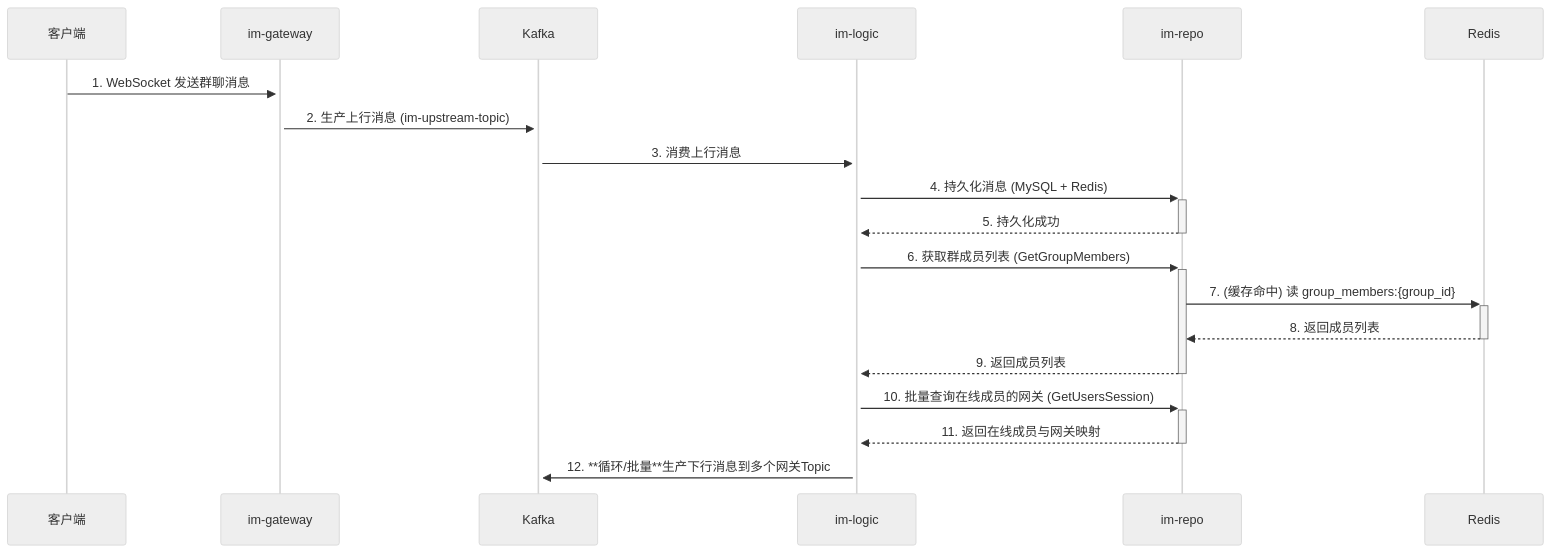
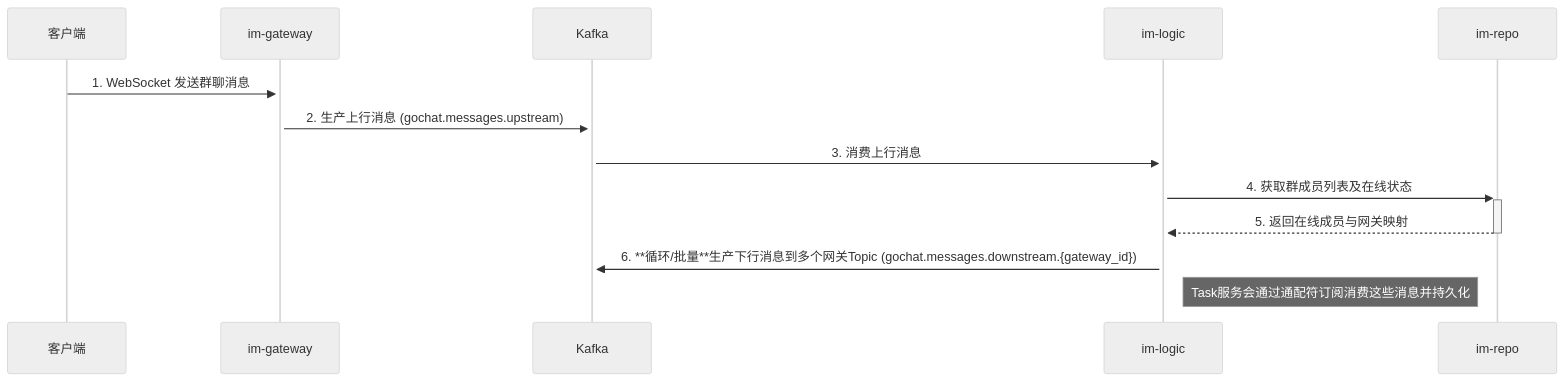
The third of 4 diagrams in docs/01_architecture/02_dataflow.md (ceyewan/gochat), drawn with Mermaid (neutral theme) before and after one commit. The commit also changed other lines of this file and 19 other files, not shown here.

````diff
--- a/docs/01_architecture/02_dataflow.md
+++ b/docs/01_architecture/02_dataflow.md
@@ -74,26 +69,19 @@
 ```mermaid
 sequenceDiagram
     participant Client as 客户端
     participant Gateway as im-gateway
     participant Kafka as Kafka
     participant Logic as im-logic
     participant Repo as im-repo
-    participant Redis as Redis
 
     Client->>+Gateway: 1. WebSocket 发送群聊消息
-    Gateway->>+Kafka: 2. 生产上行消息 (im-upstream-topic)
+    Gateway->>+Kafka: 2. 生产上行消息 (gochat.messages.upstream)
 
     Kafka->>+Logic: 3. 消费上行消息
-    Logic->>+Repo: 4. 持久化消息 (MySQL + Redis)
-    Repo-->>-Logic: 5. 持久化成功
-
-    Logic->>+Repo: 6. 获取群成员列表 (GetGroupMembers)
-    Repo->>+Redis: 7. (缓存命中) 读 group_members:{group_id}
-    Redis-->>-Repo: 8. 返回成员列表
-    Repo-->>-Logic: 9. 返回成员列表
-
-    Logic->>+Repo: 10. 批量查询在线成员的网关 (GetUsersSession)
-    Repo-->>-Logic: 11. 返回在线成员与网关映射
-
-    Logic->>+Kafka: 12. **循环/批量**生产下行消息到多个网关Topic
+    Logic->>+Repo: 4. 获取群成员列表及在线状态
+    Repo-->>-Logic: 5. 返回在线成员与网关映射
+    
+    Logic->>+Kafka: 6. **循环/批量**生产下行消息到多个网关Topic (gochat.messages.downstream.{gateway_id})
+    
+    note right of Logic: Task服务会通过通配符订阅消费这些消息并持久化
 ```
````
